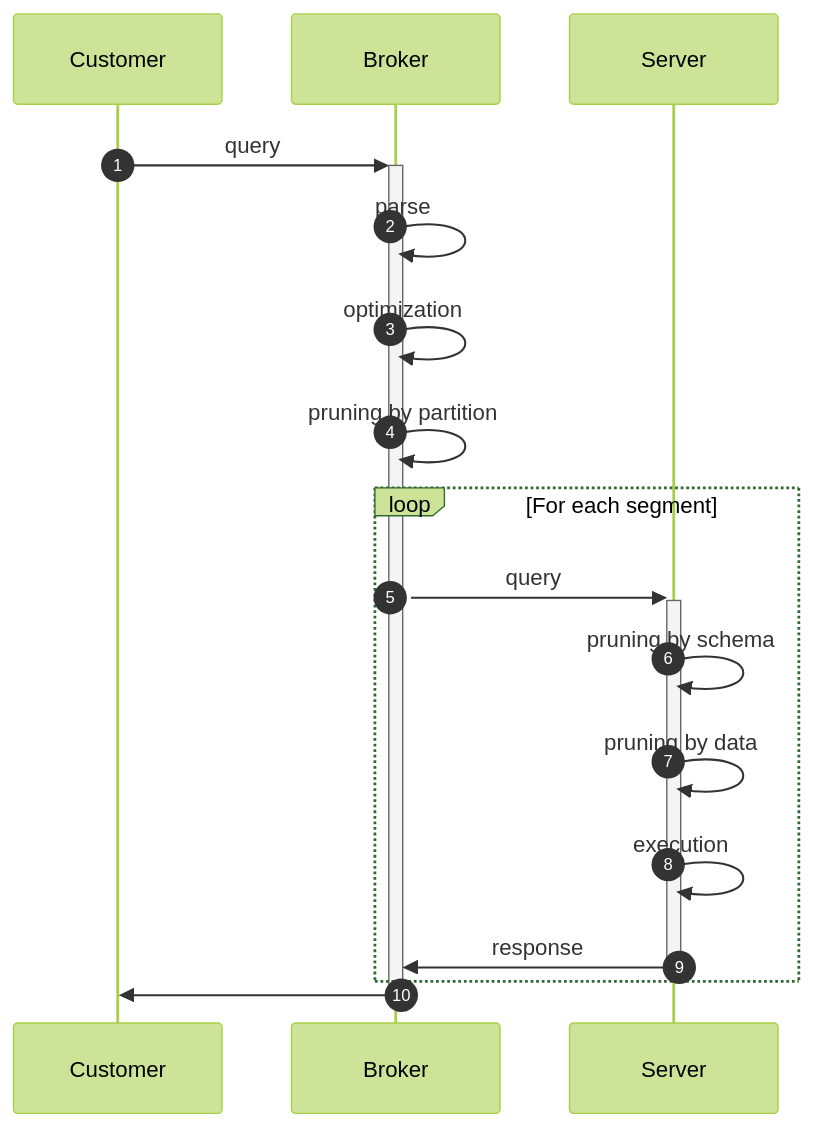
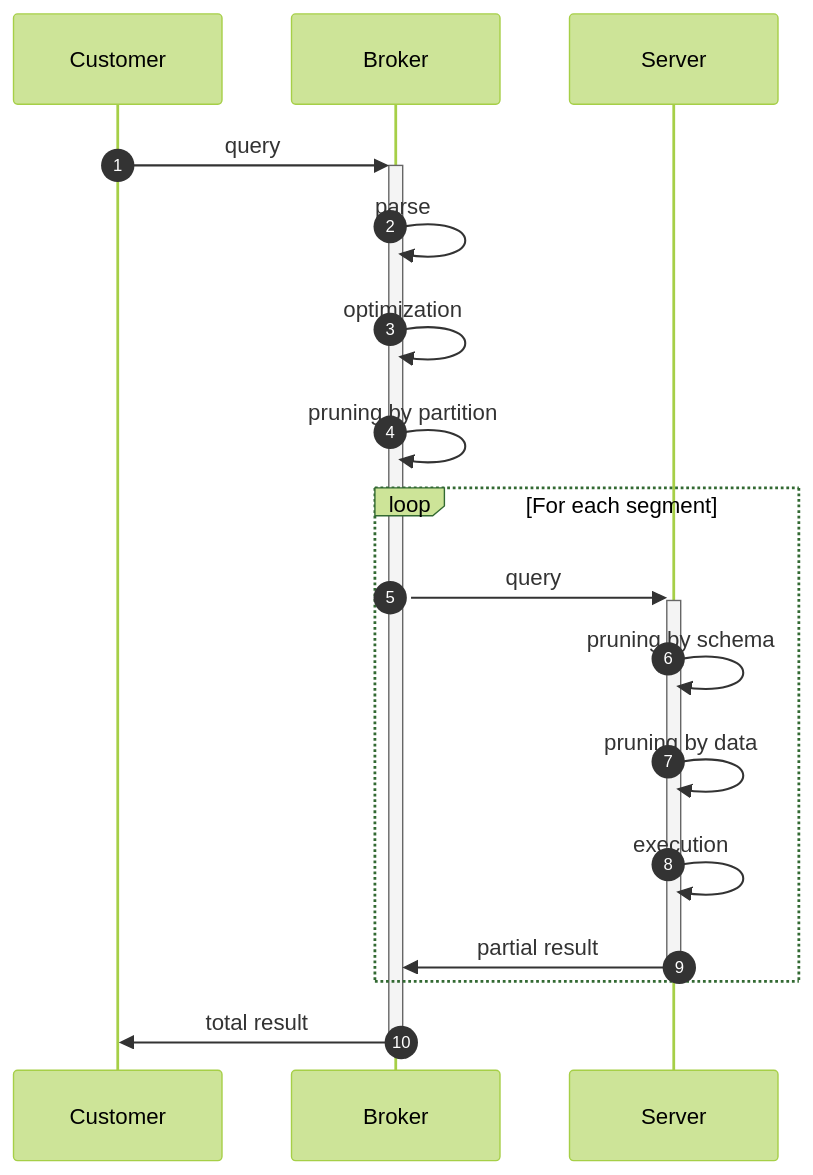
Before and after one commit to gortiz/slides: the diagram in pinot/add-column/query.md, drawn with Mermaid (forest theme). The commit also changed 3 other files, not shown here.

````diff
--- a/pinot/add-column/query.md
+++ b/pinot/add-column/query.md
@@ -1,21 +1,21 @@
 ```mermaid
 sequenceDiagram
    autonumber
    Customer ->>+ Broker: query
    
    Broker ->> Broker: parse
    
    Broker ->> Broker: optimization
    
    Broker ->> Broker: pruning by partition
    
    loop For each segment
      Broker ->>+ Server: query
      Server ->> Server: pruning by schema
      Server ->> Server: pruning by data
      Server ->> Server: execution
-     Server ->>- Broker: response
+     Server ->>- Broker: partial result
    end
    
-   Broker ->>- Customer:  
+   Broker ->>- Customer:  total result
 ```
````
